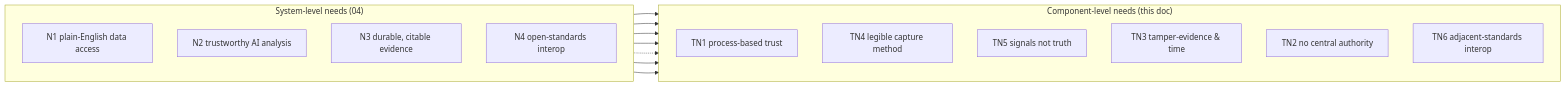
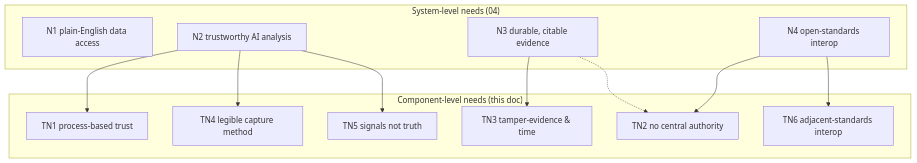
One commit to npstorey/civic-ai-tools changed the second of 5 diagrams in research/05-typed-standards-spec-architecture-views.md. Above: the diagram before and after it, drawn with Mermaid. The commit also changed other lines of this file and 1 other file, not shown here.

````diff
--- a/research/05-typed-standards-spec-architecture-views.md
+++ b/research/05-typed-standards-spec-architecture-views.md
@@ -48,25 +52,23 @@
 ```mermaid
-flowchart LR
+flowchart TB
     subgraph SysNeeds["System-level needs (04)"]
-        direction TB
         N1["N1 plain-English data access"]
         N2["N2 trustworthy AI analysis"]
         N3["N3 durable, citable evidence"]
         N4["N4 open-standards interop"]
     end
 
     subgraph CompNeeds["Component-level needs (this doc)"]
-        direction TB
         CTN1["TN1 process-based trust"]
         CTN4["TN4 legible capture method"]
         CTN5["TN5 signals not truth"]
         CTN3["TN3 tamper-evidence & time"]
         CTN2["TN2 no central authority"]
         CTN6["TN6 adjacent-standards interop"]
     end
 
     N2 --> CTN1 & CTN4 & CTN5
     N3 --> CTN3
     N3 -.-> CTN2
     N4 --> CTN2 & CTN6
 ```
````
